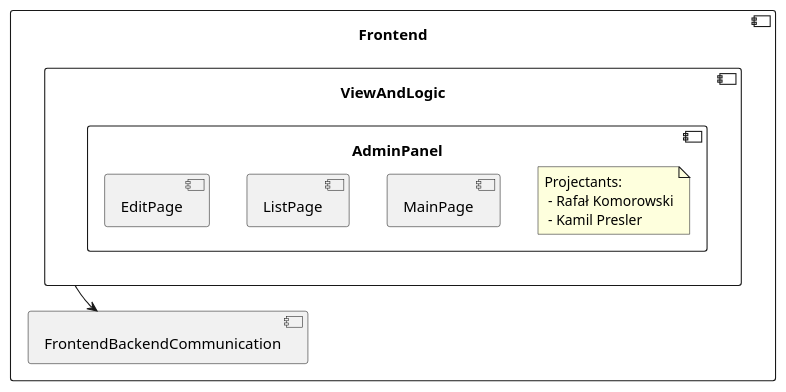
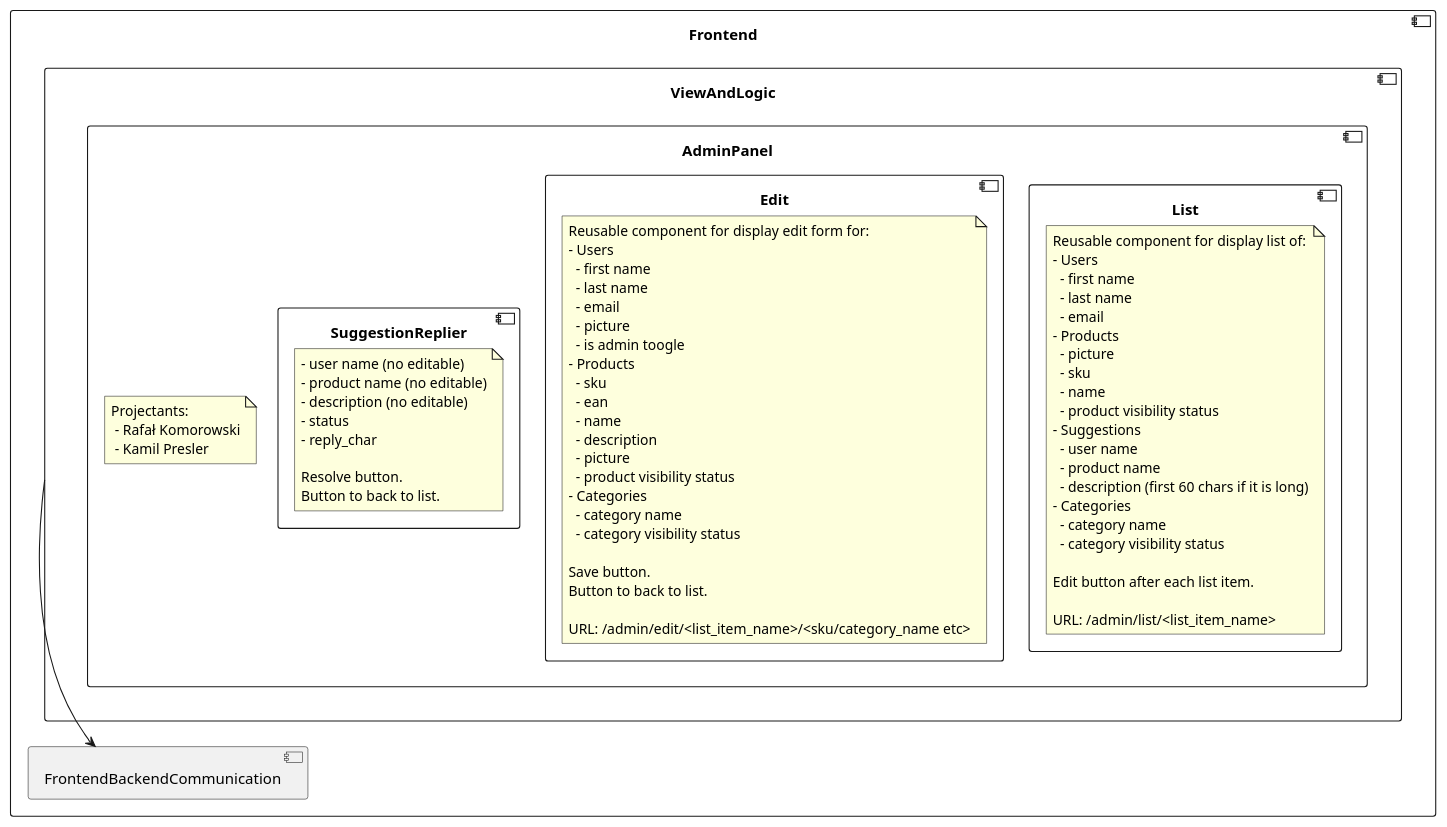
The diagram in frontend/AdminPanel.md (RadekBucki/OpinionCollectorArchitecture), drawn with PlantUML before and after one commit. The commit also changed 1 other file, not shown here.

Commit message:
Create Frontend architecture description

````diff
--- a/frontend/AdminPanel.md
+++ b/frontend/AdminPanel.md
@@ -11,19 +11,78 @@
                  - Rafał Komorowski
                  - Kamil Presler
             endnote
-            component MainPage {
+            component List {
+                note as ListDescription
+                    Reusable component for display list of:
+                    - Users
+                      - first name
+                      - last name
+                      - email
+                    - Products
+                      - picture
+                      - sku
+                      - name
+                      - product visibility status
+                    - Suggestions
+                      - user name
+                      - product name
+                      - description (first 60 chars if it is long)
+                    - Categories
+                      - category name
+                      - category visibility status
+                    
+                    Edit button after each list item.
+                    
+                    URL: /admin/list/<list_item_name>
+                endnote
             }
-            component ListPage {
+            component Edit {
+                note as EditDescription
+                    Reusable component for display edit form for:
+                    - Users
+                      - first name
+                      - last name
+                      - email
+                      - picture
+                      - is admin toogle
+                    - Products
+                      - sku
+                      - ean
+                      - name
+                      - description
+                      - picture
+                      - product visibility status
+                    - Categories
+                      - category name
+                      - category visibility status
+                    
+                    Save button.
+                    Button to back to list.
+                    
+                    URL: /admin/edit/<list_item_name>/<sku/category_name etc>
+                endnote
             }
-            component EditPage {
+            
+            component SuggestionReplier {
+                note as SuggestionReplierDescription
+                  - user name (no editable)
+                  - product name (no editable)
+                  - description (no editable)
+                  - status
+                  - reply_char
+                    
+                  Resolve button.
+                  Button to back to list.
+              endnote
             }
         }
     }
     
     component FrontendBackendCommunication {
     }
+
+    ViewAndLogic --> FrontendBackendCommunication
 }
-ViewAndLogic                 -->  FrontendBackendCommunication
 
 @enduml 
 ```
````
